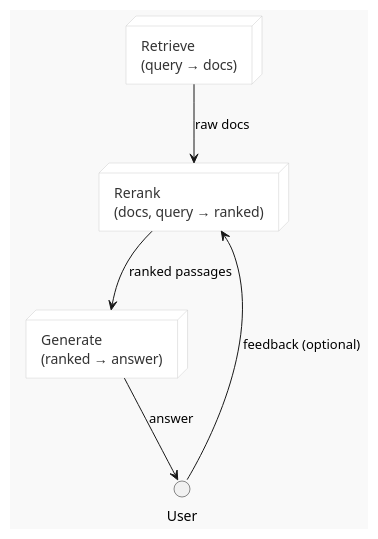
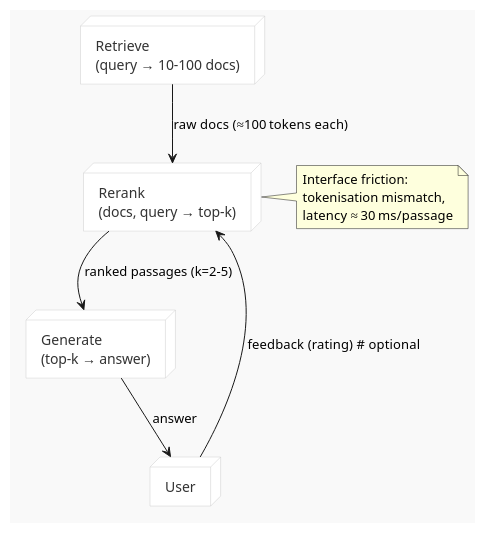
The diagram in aipa/llm-elevated/ch10-lecture-01.adoc (InquiryInstitute/AIPA), drawn with PlantUML before and after one commit. The commit also changed other lines of this file and 128 other files, not shown here.

```diff
--- a/aipa/llm-elevated/ch10-lecture-01.adoc
+++ b/aipa/llm-elevated/ch10-lecture-01.adoc
@@ -22,18 +22,25 @@
 [plantuml, format=png, id=pipeline-diagram]
 ....
 @startuml
 skinparam backgroundColor #F9F9F9
 skinparam node {
   BackgroundColor #FFFFFF
   BorderColor #CCCCCC
   FontColor #333333
 }
-node "Retrieve\n(query → docs)" as R1
-node "Rerank\n(docs, query → ranked)" as R2
-node "Generate\n(ranked → answer)" as R3
-R1 --> R2 : raw docs
-R2 --> R3 : ranked passages
-R3 --> User : answer
-User --> R2 : feedback (optional)
+node "Retrieve\n(query → 10‑100 docs)" as R1
+node "Rerank\n(docs, query → top‑k)" as R2
+node "Generate\n(top‑k → answer)" as R3
+node "User" as U
+
+R1 --> R2 : raw docs (≈100 tokens each)
+R2 --> R3 : ranked passages (k=2‑5)
+R3 --> U : answer
+U --> R2 : feedback (rating)  # optional
+note right of R2
+  Interface friction:
+  tokenisation mismatch,
+  latency ≈ 30 ms/passage
+end note
 @enduml
 ....
```
